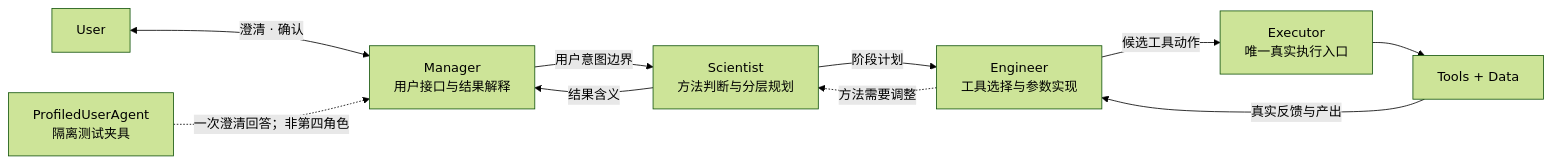
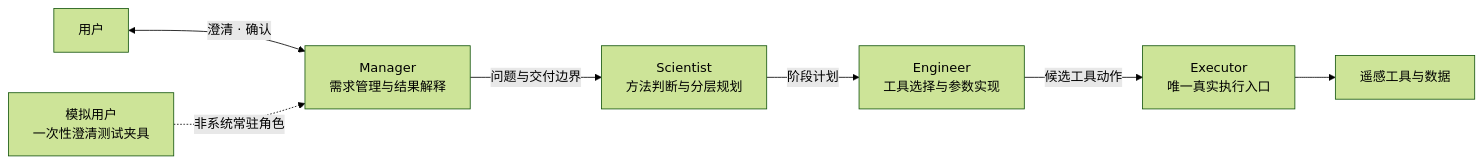
Before and after one commit to zhelunSun/URSA: the second of 3 diagrams in docs/thesis/ch1_evidence_system/module_continuity_map.md, drawn with Mermaid (forest theme). The commit also changed other lines of this file and 11 other files, not shown here.

Commit message:
docs(ch1): close v053 evidence and architecture package

````diff
--- a/docs/thesis/ch1_evidence_system/module_continuity_map.md
+++ b/docs/thesis/ch1_evidence_system/module_continuity_map.md
@@ -49,12 +88,9 @@
 ```mermaid
 flowchart LR
-    U["User"] <-->|"澄清 · 确认"| M["Manager<br/>用户接口与结果解释"]
-    UA["ProfiledUserAgent<br/>隔离测试夹具"] -. "一次澄清回答；非第四角色" .-> M
-    M -->|"用户意图边界"| S["Scientist<br/>方法判断与分层规划"]
-    S -->|"阶段计划"| E["Engineer<br/>工具选择与参数实现"]
-    E -->|"候选工具动作"| X["Executor<br/>唯一真实执行入口"]
-    X --> T["Tools + Data"]
-    T -->|"真实反馈与产出"| E
-    E -. "方法需要调整" .-> S
-    S -->|"结果含义"| M
+    U["用户"] <-->|"澄清 · 确认"| M["Manager<br/>需求管理与结果解释"]
+    UA["模拟用户<br/>一次性澄清测试夹具"] -. "非系统常驻角色" .-> M
+    M -->|"问题与交付边界"| S["Scientist<br/>方法判断与分层规划"]
+    S -->|"阶段计划"| E
+    E["Engineer<br/>工具选择与参数实现"] -->|"候选工具动作"| X["Executor<br/>唯一真实执行入口"]
+    X --> T["遥感工具与数据"]
 ```
````
